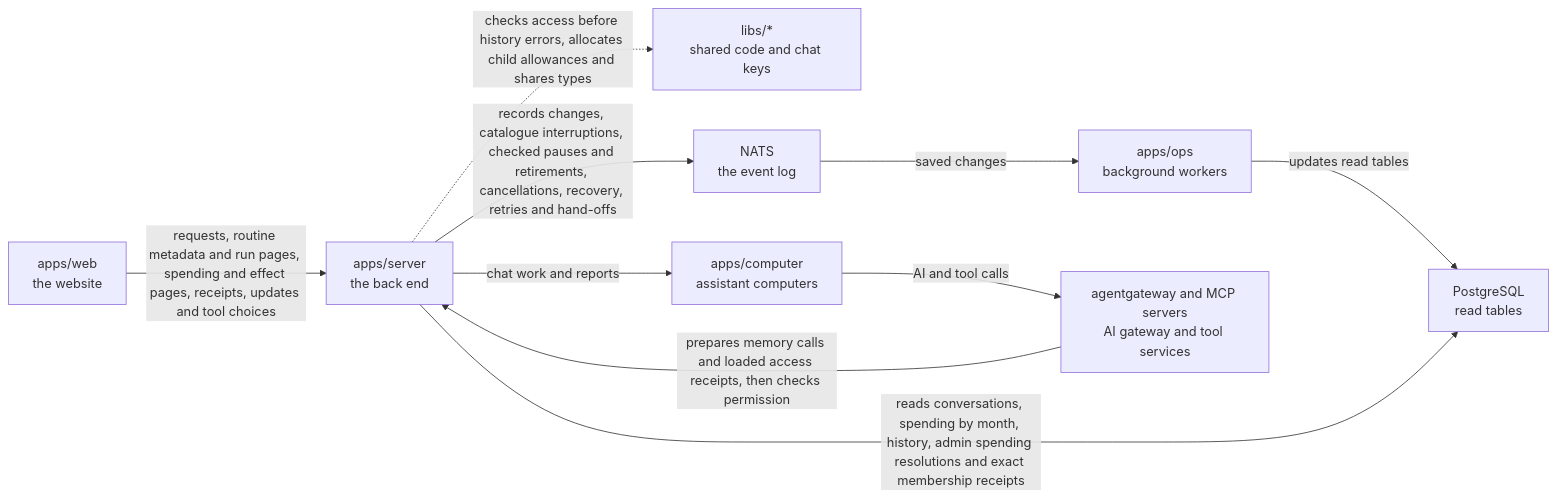
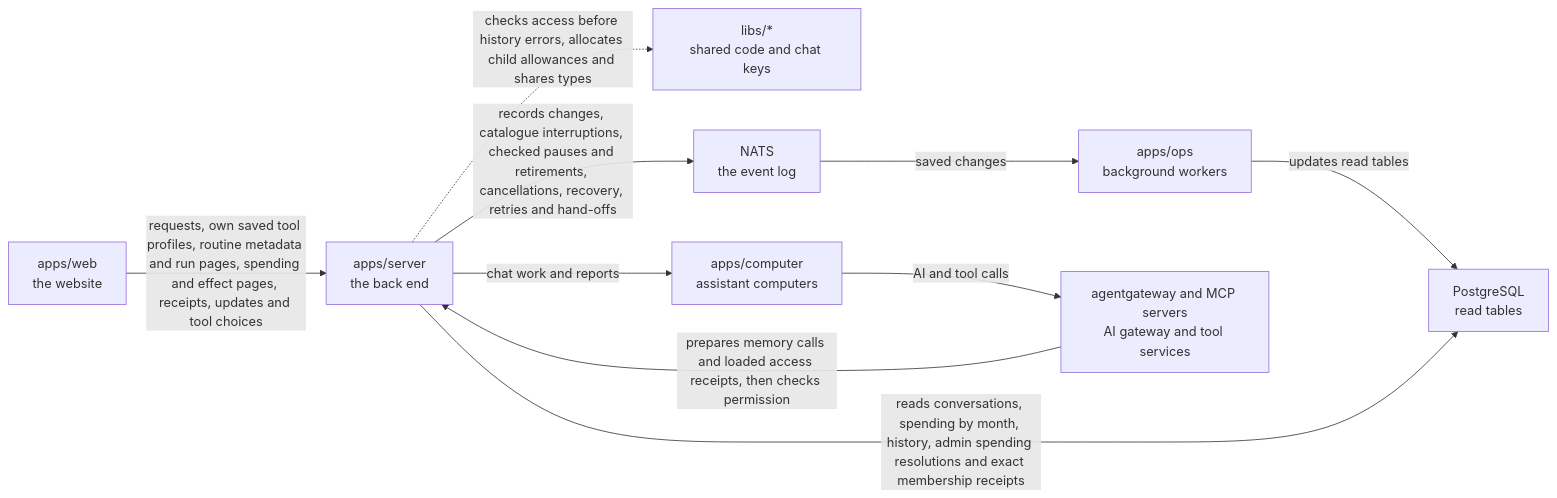
Before and after one commit to elewa-git/opencrane-new: the diagram in apps/server/README.md, drawn with Mermaid. The commit also changed other lines of this file and 10 other files, not shown here.

Commit message:
🔎 Let members read their own saved profile metadata

````diff
--- a/apps/server/README.md
+++ b/apps/server/README.md
@@ -57,12 +57,12 @@
 ```mermaid
 flowchart LR
-  web["apps/web<br/>the website"] -->|requests, routine metadata and run pages, spending and effect pages, receipts, updates and tool choices| server["apps/server<br/>the back end"]
+  web["apps/web<br/>the website"] -->|requests, own saved tool profiles, routine metadata and run pages, spending and effect pages, receipts, updates and tool choices| server["apps/server<br/>the back end"]
   server -.->|checks access before history errors, allocates child allowances and shares types| libs["libs/*<br/>shared code and chat keys"]
   server -->|records changes, catalogue interruptions, checked pauses and retirements, cancellations, recovery, retries and hand-offs| nats["NATS<br/>the event log"]
   nats -->|saved changes| ops["apps/ops<br/>background workers"]
   ops -->|updates read tables| postgres["PostgreSQL<br/>read tables"]
   server -->|reads conversations, spending by month, history, admin spending resolutions and exact membership receipts| postgres
   server -->|chat work and reports| computer["apps/computer<br/>assistant computers"]
   computer -->|AI and tool calls| runtime["agentgateway and MCP servers<br/>AI gateway and tool services"]
   runtime -->|prepares memory calls and loaded access receipts, then checks permission| server
 ```
````
